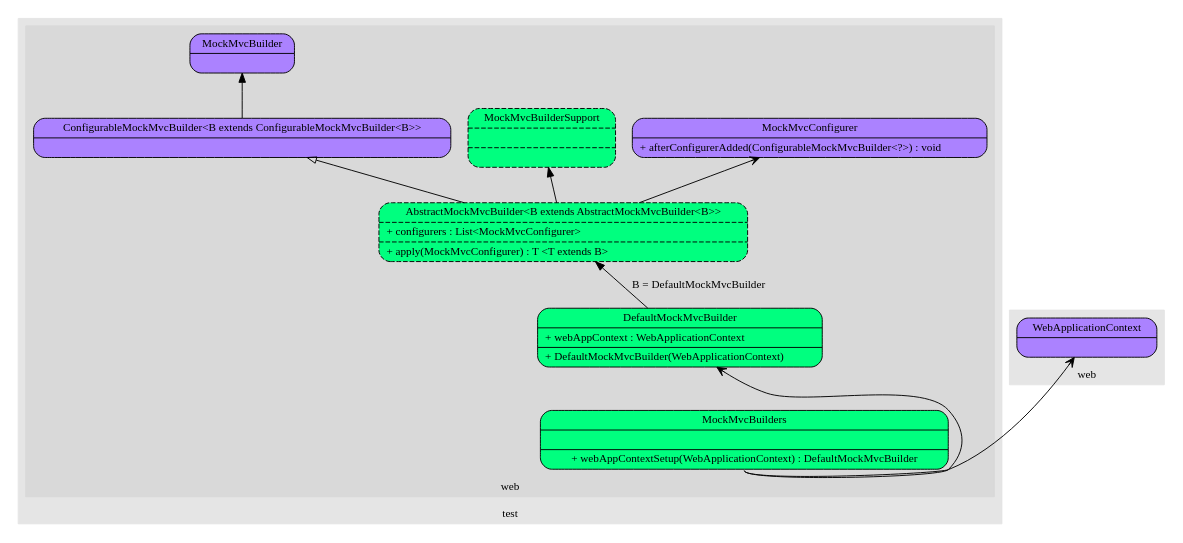
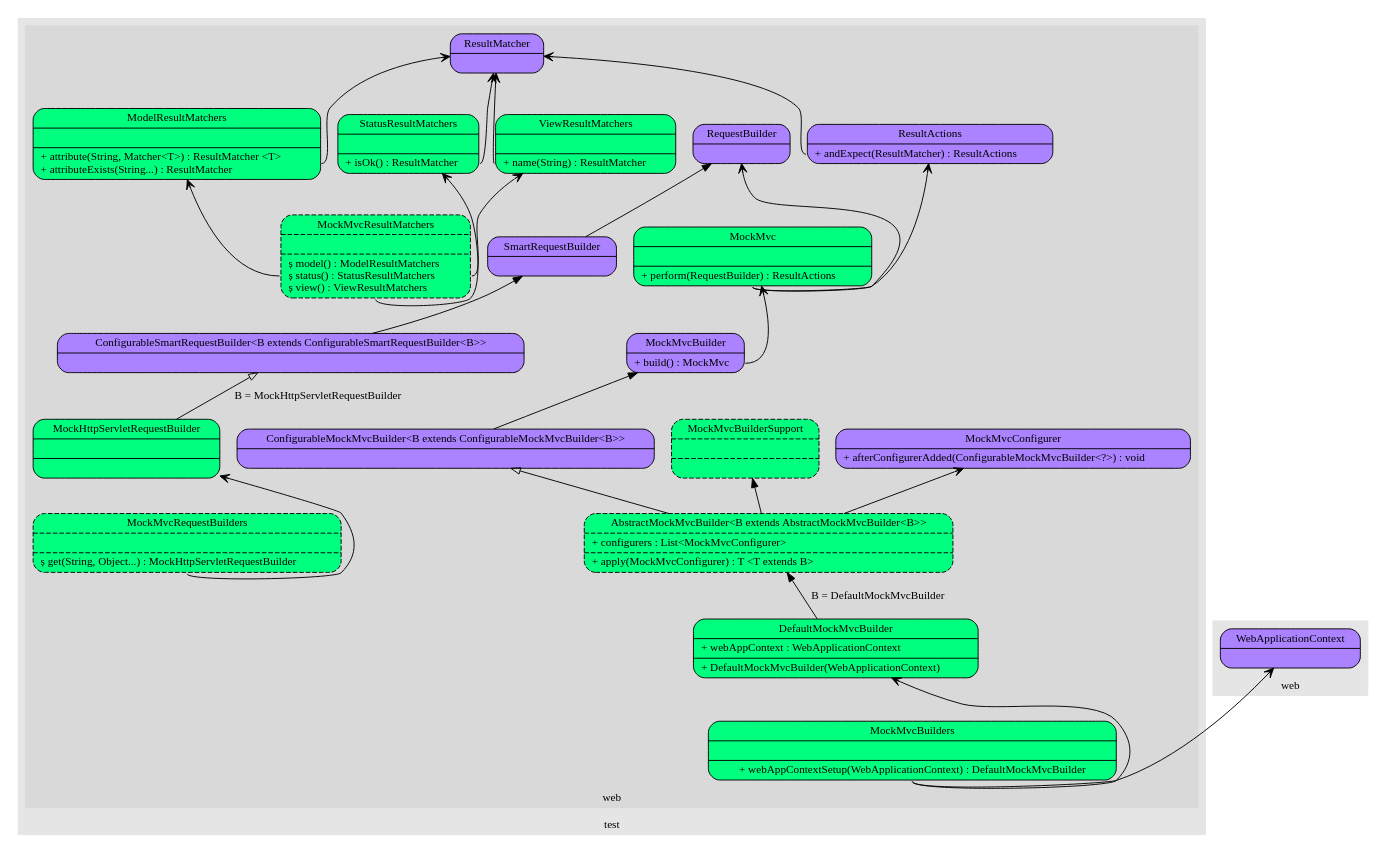
Before and after one commit to chris0103/spider-net: the diagram in Spring/test.dot, drawn with Graphviz.

```diff
--- a/Spring/test.dot
+++ b/Spring/test.dot
@@ -1,69 +1,96 @@
 digraph name {
 	rankdir = BT;
     fontname = "Verdana";
     fontsize = 12;
     node [fontname = "Verdana", fontsize = 12, shape = "record"];
     edge [fontname = "Verdana", fontsize = 12];
 	
 	
 	subgraph cluster25 {
 		label = "test";
 		style = filled;
 		color = grey90;
 		
 		subgraph cluster90 {
 			label = "web";
 			style = filled;
 			color = grey85;
 			AbstractMockMvcBuilder [label = "{<f0>AbstractMockMvcBuilder&lt;B extends AbstractMockMvcBuilder&lt;B&gt;&gt;|<f1>+ configurers : List&lt;MockMvcConfigurer&gt;\l|<f2>+ apply(MockMvcConfigurer) : T &lt;T extends B&gt;\l}", style = "rounded, filled, dashed", fillcolor = "springgreen"];
 			ConfigurableMockMvcBuilder [label = "{<f0>ConfigurableMockMvcBuilder&lt;B extends ConfigurableMockMvcBuilder&lt;B&gt;&gt;|<f2>}", style = "rounded, filled", fillcolor = "mediumpurple1"];
 			DefaultMockMvcBuilder [label = "{<f0>DefaultMockMvcBuilder|<f1>+ webAppContext : WebApplicationContext\l|<f2>+ DefaultMockMvcBuilder(WebApplicationContext)\l}", style = "rounded, filled", fillcolor = "springgreen"];
-			MockMvcBuilder [label = "{<f0>MockMvcBuilder|<f2>}", style = "rounded, filled", fillcolor = "mediumpurple1"];
+			MockHttpServletRequestBuilder [label = "{<f0>MockHttpServletRequestBuilder|<f1>|<f2>}", style = "rounded, filled", fillcolor = "springgreen"];
+			MockMvc [label = "{<f0>MockMvc|<f1>|<f2>+ perform(RequestBuilder) : ResultActions\l}", style = "rounded, filled", fillcolor = "springgreen"];	
+			MockMvcBuilder [label = "{<f0>MockMvcBuilder|<f2>+ build() : MockMvc\l}", style = "rounded, filled", fillcolor = "mediumpurple1"];
 			MockMvcBuilders [label = "{<f0>MockMvcBuilders|<f1>|<f2>+ webAppContextSetup(WebApplicationContext) : DefaultMockMvcBuilder}", style = "rounded, filled", fillcolor = "springgreen"];
 			MockMvcBuilderSupport [label = "{<f0>MockMvcBuilderSupport|<f1>|<f2>}", style = "rounded, filled, dashed", fillcolor = "springgreen"];
 			MockMvcConfigurer [label = "{<f0>MockMvcConfigurer|<f2>+ afterConfigurerAdded(ConfigurableMockMvcBuilder&lt;?&gt;) : void\l}", style = "rounded, filled", fillcolor = "mediumpurple1"];
+			MockMvcRequestBuilders [label = "{<f0>MockMvcRequestBuilders|<f1>|<f2>&#537; get(String, Object...) : MockHttpServletRequestBuilder\l}", style = "rounded, filled, dashed", fillcolor = "springgreen"];
+			MockMvcResultMatchers [label = "{<f0>MockMvcResultMatchers|<f1>|<f2>&#537; model() : ModelResultMatchers\l&#537; status() : StatusResultMatchers\l&#537; view() : ViewResultMatchers\l}", style = "rounded, filled, dashed", fillcolor = "springgreen"];
+			ConfigurableSmartRequestBuilder [label = "{<f0>ConfigurableSmartRequestBuilder&lt;B extends ConfigurableSmartRequestBuilder&lt;B&gt;&gt;|<f2>}", style = "rounded, filled", fillcolor = "mediumpurple1"];
+			RequestBuilder [label = "{<f0>RequestBuilder|<f2>}", style = "rounded, filled", fillcolor = "mediumpurple1"];
+			ResultActions [label = "{<f0>ResultActions|<f2>+ andExpect(ResultMatcher) : ResultActions\l}", style = "rounded, filled", fillcolor = "mediumpurple1"];
+			ResultMatcher [label = "{<f0>ResultMatcher|<f2>}", style = "rounded, filled", fillcolor = "mediumpurple1"];
+			SmartRequestBuilder [label = "{<f0>SmartRequestBuilder|<f2>}", style = "rounded, filled", fillcolor = "mediumpurple1"];
+			ModelResultMatchers [label = "{<f0>ModelResultMatchers|<f1>|<f2>+ attribute(String, Matcher&lt;T&gt;) : ResultMatcher &lt;T&gt;\l+ attributeExists(String...) : ResultMatcher\l}", style = "rounded, filled", fillcolor = "springgreen"];
+			StatusResultMatchers [label = "{<f0>StatusResultMatchers|<f1>|<f2>+ isOk() : ResultMatcher\l}", style = "rounded, filled", fillcolor = "springgreen"];
+			ViewResultMatchers [label = "{<f0>ViewResultMatchers|<f1>|<f2>+ name(String) : ResultMatcher\l}", style = "rounded, filled", fillcolor = "springgreen"];
 		}
 	}
 	
 	subgraph cluster75 {
 		label = "web";
 		style = filled;
 		color = grey90;
 		WebApplicationContext [label = "{<f0>WebApplicationContext|<f2>}", style = "rounded, filled", fillcolor = "mediumpurple1"];
 	}
 	
 	/*	
 	
 	// item_name [label = "item_label", style = "filled", fillcolor = "palegreen"];
 	// record_name [shape = "record", label = "{{<f0>interface|{<f10>(other implementers)}}|(other methods)}"];
 	// record_without_properties [shape = "record", label = "{<f0>label|<f1>value}"];
 	// record_with_properties [shape = "record", label = "{<f0>label|<f1>value|{{<f20>property|<f21>value}}}"];
 	// interface_minor [shape = "plaintext", label = "Interface_minor"];
 	// interface [label = "{<f0>Interface|<f2>+ method() : return_type\l}", style = "rounded, filled", fillcolor = "mediumpurple1"];
 	// abstract_class [label = "{<f0>Abstract_Class|<f1>+ field1 : type\l+ field2 : type\l|<f2>&#170; abstract_method() : return_type\l&#537; static_method() : return_type\l+ method() : return_type\l}", style = "rounded, filled, dashed", fillcolor = "springgreen"];
-	// class [label = "{<f0>Class|<f1>+ field1 : type\l+ field2 : type\l&#10765; final_field : type\l&#537; static_field : type\l|<f2>+ method() : return_type\l&#537; static_method() : return_type\l&#186; overriden_method() : return_type\l}", style = "rounded, filled", fillcolor = "springgreen"];	
+	// class [label = "{<f0>Class|<f1>+ field1 : type\l+ field2 : type\l&#10765; final_field : type\l&#537; static_field : type\l|<f2>+ method() : return_type\l&#537; static_method() : return_type\l&#186; overriden_method() : return_type\l}", style = "rounded, filled", fillcolor = "springgreen"];
 	// bean_record [label = "{<f0>beanId|<f1>beanClass|{{<f20>property1|<f21>property2}}}"];
 	// module_record [label = "{<f0>artifactId|<f1>projectName}"];
 	*/
 	
 	
 	MockMvcBuilders:f2 -> WebApplicationContext [arrowhead = "vee"];
 	MockMvcBuilders:f2 -> DefaultMockMvcBuilder [arrowhead = "vee"];
 	DefaultMockMvcBuilder -> AbstractMockMvcBuilder [label = "B = DefaultMockMvcBuilder"];
 	AbstractMockMvcBuilder -> MockMvcBuilderSupport;
 	AbstractMockMvcBuilder -> ConfigurableMockMvcBuilder [arrowhead = "empty"];
 	AbstractMockMvcBuilder -> MockMvcConfigurer [arrowhead = "vee"];
 	ConfigurableMockMvcBuilder -> MockMvcBuilder;
+	MockMvcBuilder:f2 -> MockMvc [arrowhead = "vee"];
+	MockMvc:f2 -> RequestBuilder [arrowhead = "vee"];
+	MockMvc:f2 -> ResultActions [arrowhead = "vee"];
+	ResultActions:f2 -> ResultMatcher [arrowhead = "vee"];
+	SmartRequestBuilder -> RequestBuilder;
+	ConfigurableSmartRequestBuilder -> SmartRequestBuilder;
+	MockHttpServletRequestBuilder -> ConfigurableSmartRequestBuilder [arrowhead = "empty", label = "B = MockHttpServletRequestBuilder"];
+	MockMvcRequestBuilders:f2 -> MockHttpServletRequestBuilder [arrowhead = "vee"];
+	
+	MockMvcResultMatchers:f2 -> StatusResultMatchers [arrowhead = "vee"];
+	StatusResultMatchers:f2 -> ResultMatcher [arrowhead = "vee"];
+	MockMvcResultMatchers:f2 -> ViewResultMatchers [arrowhead = "vee"];
+	ViewResultMatchers:f2 -> ResultMatcher [arrowhead = "vee"];
+	MockMvcResultMatchers:f2 -> ModelResultMatchers [arrowhead = "vee"];
+	ModelResultMatchers:f2 -> ResultMatcher [arrowhead = "vee"];
 	
 	// Implementation -> Interface [arrowhead = "empty"];
 	// Subclass -> Class;
 	// SubInterface -> Interface;	
 	// Referer -> Referee [arrowhead = "vee"];
-	// Implementation -> InterfaceMinor [arrowhead = "odot"];	
+	// Implementation -> InterfaceMinor [arrowhead = "odot"];
 	
 	// This is commented for dot to run, but it SHOULD BE uncommented as soon as dot works fine again
 	// ****************** dot cracks from below ******************** //
 	// ill link;
 	
 	// current is current_progress_item
 }
```
